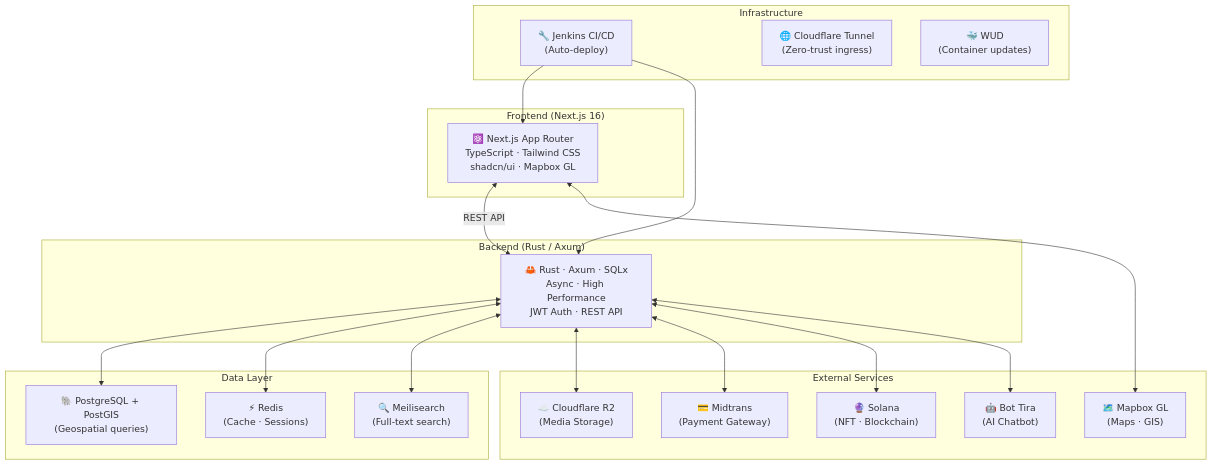
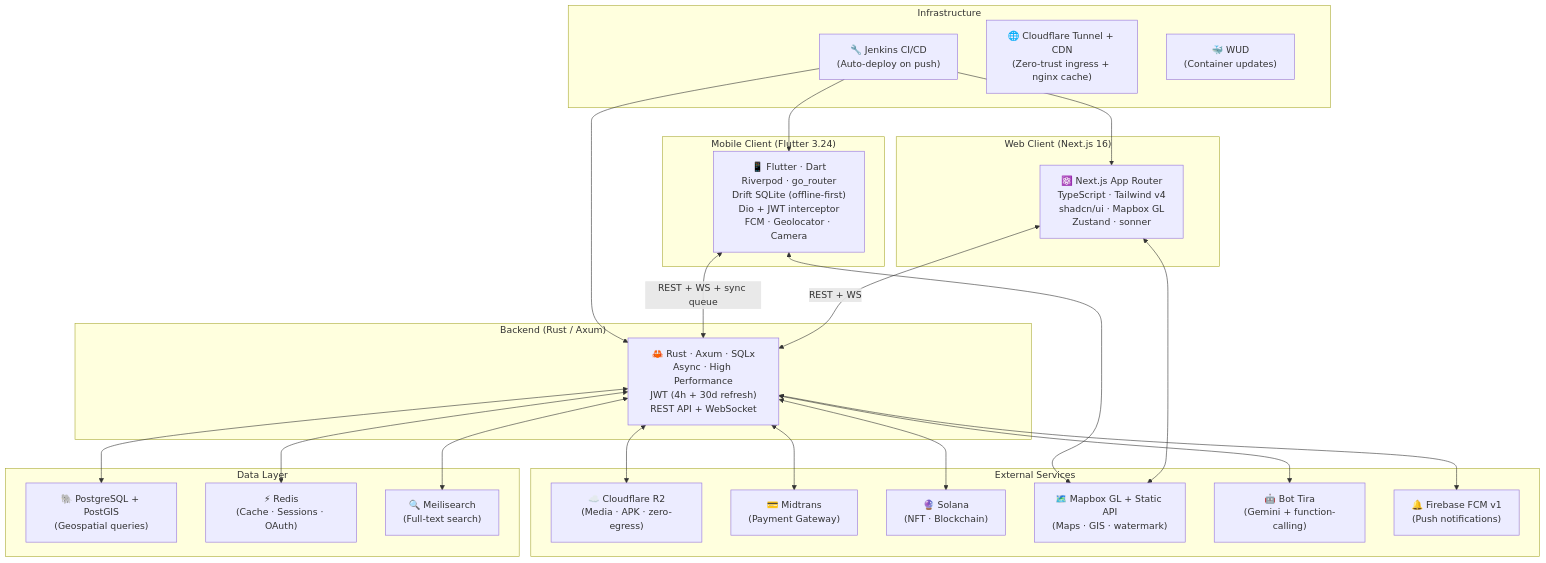
The eighth of 10 diagrams in AdopTreeWorld/prd/PRD-AdopTree-Investor.md (ajarka/public-documentation), drawn with Mermaid before and after one commit. The commit also changed other lines of this file and 6 other files, not shown here.

````diff
--- a/AdopTreeWorld/prd/PRD-AdopTree-Investor.md
+++ b/AdopTreeWorld/prd/PRD-AdopTree-Investor.md
@@ -473,33 +724,39 @@
 ```mermaid
 graph TB
-    subgraph "Frontend (Next.js 16)"
-        FE["⚛️ Next.js App Router\nTypeScript · Tailwind CSS\nshadcn/ui · Mapbox GL"]
+    subgraph "Web Client (Next.js 16)"
+        FE["⚛️ Next.js App Router\nTypeScript · Tailwind v4\nshadcn/ui · Mapbox GL\nZustand · sonner"]
+    end
+    subgraph "Mobile Client (Flutter 3.24)"
+        MO["📱 Flutter · Dart\nRiverpod · go_router\nDrift SQLite (offline-first)\nDio + JWT interceptor\nFCM · Geolocator · Camera"]
     end
     subgraph "Backend (Rust / Axum)"
-        BE["🦀 Rust · Axum · SQLx\nAsync · High Performance\nJWT Auth · REST API"]
+        BE["🦀 Rust · Axum · SQLx\nAsync · High Performance\nJWT (4h + 30d refresh)\nREST API + WebSocket"]
     end
     subgraph "Data Layer"
         DB["🐘 PostgreSQL + PostGIS\n(Geospatial queries)"]
-        RD["⚡ Redis\n(Cache · Sessions)"]
+        RD["⚡ Redis\n(Cache · Sessions · OAuth)"]
         MS["🔍 Meilisearch\n(Full-text search)"]
     end
     subgraph "External Services"
-        R2["☁️ Cloudflare R2\n(Media Storage)"]
+        R2["☁️ Cloudflare R2\n(Media · APK · zero-egress)"]
         MT["💳 Midtrans\n(Payment Gateway)"]
         SOL["🔮 Solana\n(NFT · Blockchain)"]
-        MB["🗺️ Mapbox GL\n(Maps · GIS)"]
-        BOT["🤖 Bot Tira\n(AI Chatbot)"]
+        MB["🗺️ Mapbox GL + Static API\n(Maps · GIS · watermark)"]
+        BOT["🤖 Bot Tira\n(Gemini + function-calling)"]
+        FCM["🔔 Firebase FCM v1\n(Push notifications)"]
     end
     subgraph "Infrastructure"
-        CI["🔧 Jenkins CI/CD\n(Auto-deploy)"]
-        CF["🌐 Cloudflare Tunnel\n(Zero-trust ingress)"]
+        CI["🔧 Jenkins CI/CD\n(Auto-deploy on push)"]
+        CF["🌐 Cloudflare Tunnel + CDN\n(Zero-trust ingress + nginx cache)"]
         WUD["🐳 WUD\n(Container updates)"]
     end
 
-    FE <-->|REST API| BE
+    FE <-->|REST + WS| BE
+    MO <-->|REST + WS + sync queue| BE
     BE <--> DB & RD & MS
-    BE <--> R2 & MT & SOL
+    BE <--> R2 & MT & SOL & FCM
     FE <--> MB
+    MO <--> MB
     BE <--> BOT
-    CI --> FE & BE
+    CI --> FE & BE & MO
 ```
````
